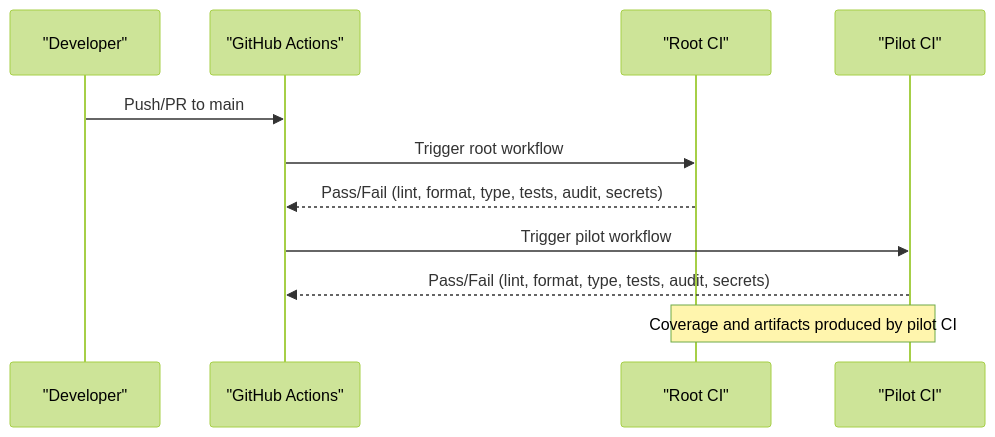
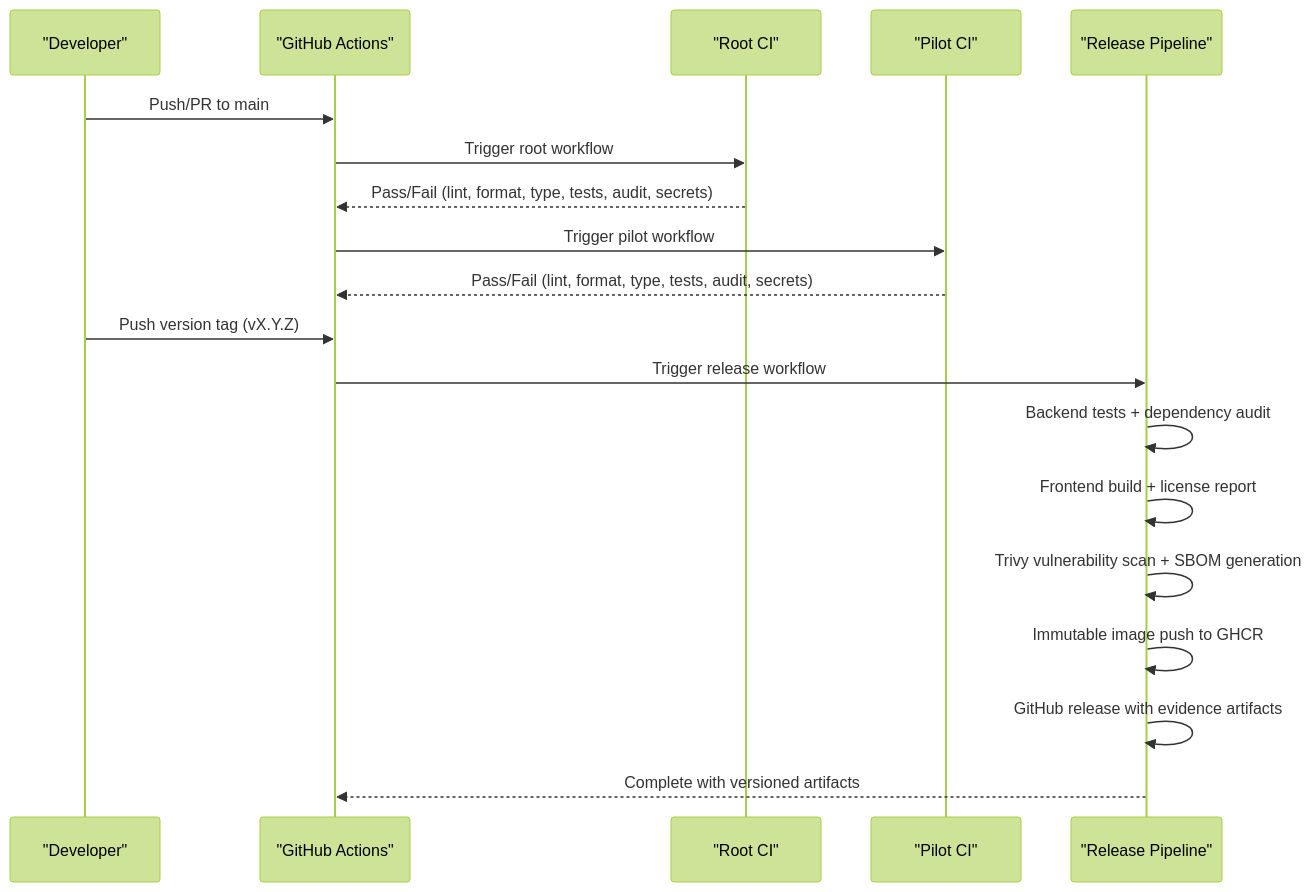
One commit to genes8/private-ai changed the second of 14 diagrams in .qoder/repowiki/en/content/Deployment and Operations/CI_CD Pipeline.md. Above: the diagram before and after it, drawn with Mermaid (forest theme). The commit also changed other lines of this file and 36 other files, not shown here.

````diff
--- a/.qoder/repowiki/en/content/Deployment and Operations/CI_CD Pipeline.md
+++ b/.qoder/repowiki/en/content/Deployment and Operations/CI_CD Pipeline.md
@@ -109,13 +159,21 @@
 ```mermaid
 sequenceDiagram
 participant Dev as "Developer"
 participant GH as "GitHub Actions"
 participant Root as "Root CI"
 participant Pilot as "Pilot CI"
+participant Release as "Release Pipeline"
 Dev->>GH : Push/PR to main
 GH->>Root : Trigger root workflow
 Root-->>GH : Pass/Fail (lint, format, type, tests, audit, secrets)
 GH->>Pilot : Trigger pilot workflow
 Pilot-->>GH : Pass/Fail (lint, format, type, tests, audit, secrets)
-Note over Root,Pilot : Coverage and artifacts produced by pilot CI
+Dev->>GH : Push version tag (vX.Y.Z)
+GH->>Release : Trigger release workflow
+Release->>Release : Backend tests + dependency audit
+Release->>Release : Frontend build + license report
+Release->>Release : Trivy vulnerability scan + SBOM generation
+Release->>Release : Immutable image push to GHCR
+Release->>Release : GitHub release with evidence artifacts
+Release-->>GH : Complete with versioned artifacts
 ```
````
